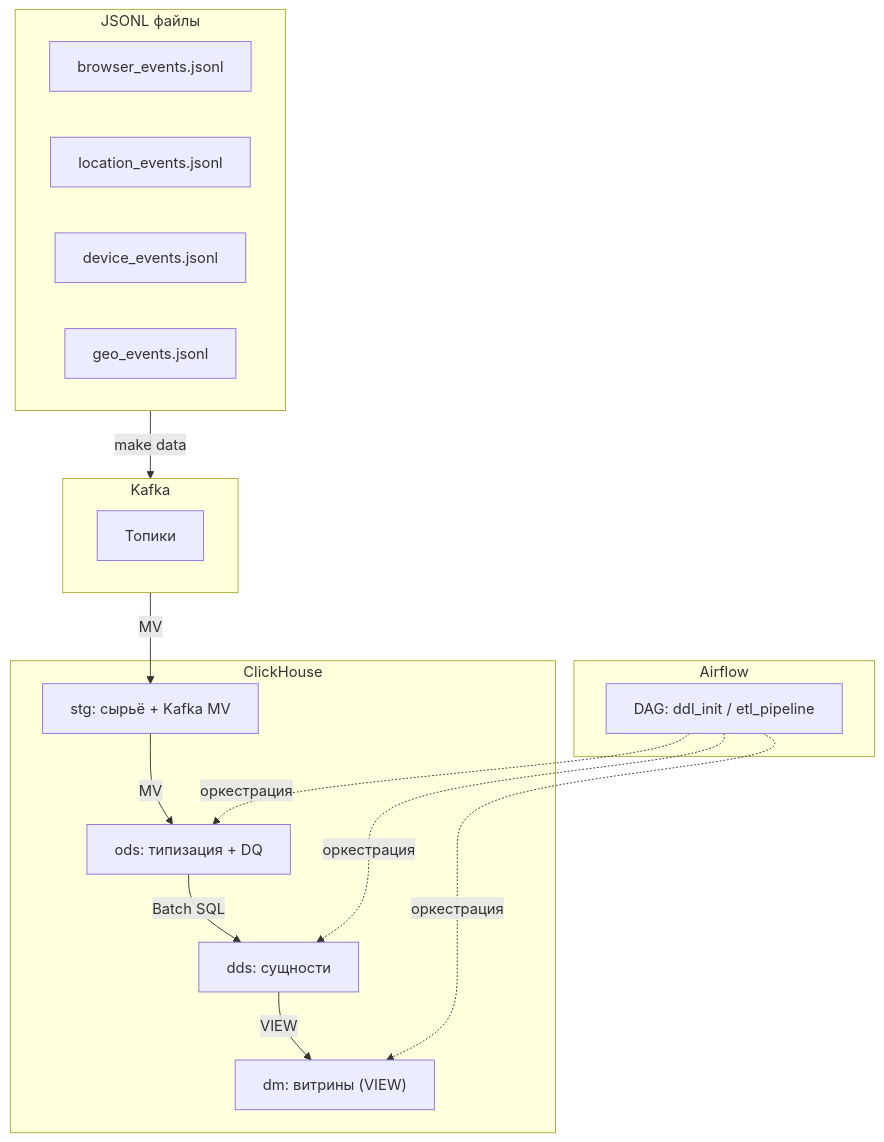
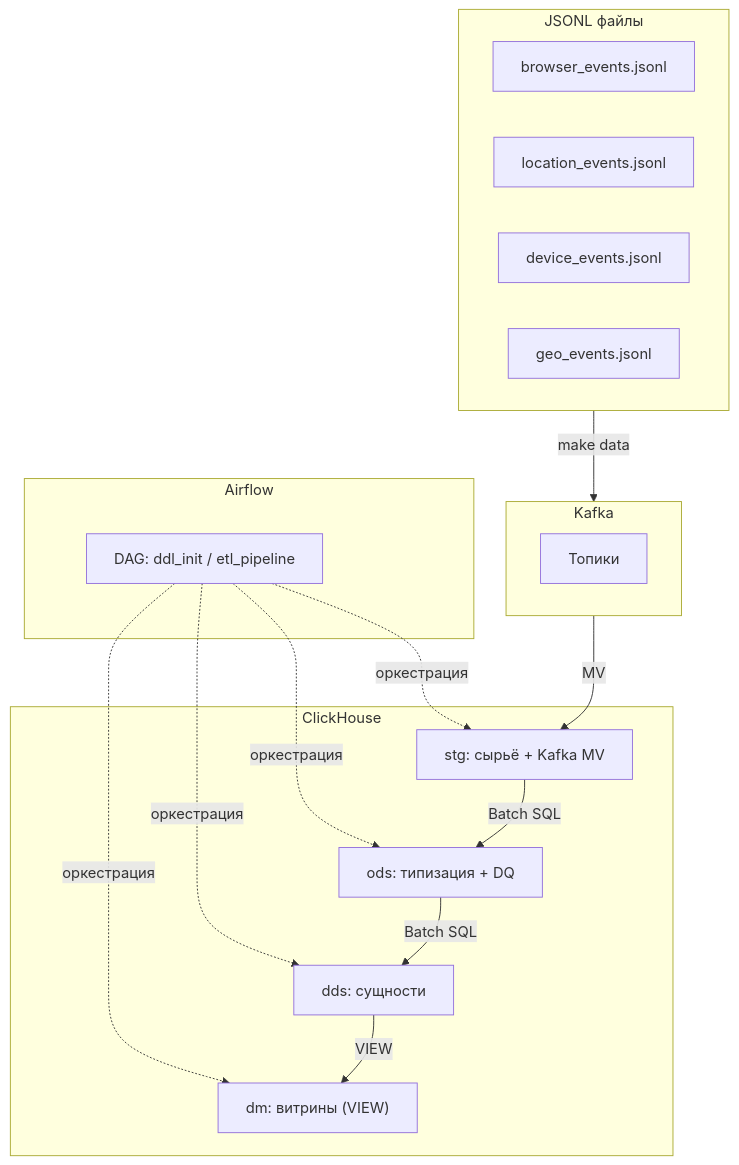
The first of 2 diagrams in README.md (dementev-dev/clickstream-ch-kafka-superset-demo), drawn with Mermaid before and after one commit. The commit also changed other lines of this file and 9 other files, not shown here.

Commit message:
Move STG->ODS to Airflow batch and align monitoring

````diff
--- a/README.md
+++ b/README.md
@@ -77,27 +77,27 @@
 ```mermaid
 flowchart TB
     subgraph Sources["JSONL файлы"]
         BE[browser_events.jsonl]
         LE[location_events.jsonl]
         DE[device_events.jsonl]
         GE[geo_events.jsonl]
     end
 
     subgraph Kafka["Kafka"]
         KT[Топики]
     end
 
     subgraph CH["ClickHouse"]
         STG["stg: сырьё + Kafka MV"]
         ODS["ods: типизация + DQ"]
         DDS["dds: сущности"]
         DM["dm: витрины (VIEW)"]
     end
 
     subgraph Airflow["Airflow"]
         DAG[DAG: ddl_init / etl_pipeline]
     end
 
-    Sources -->|make data| Kafka -->|MV| STG -->|MV| ODS -->|Batch SQL| DDS -->|VIEW| DM
-    DAG -.->|оркестрация| ODS & DDS & DM
+    Sources -->|make data| Kafka -->|MV| STG -->|Batch SQL| ODS -->|Batch SQL| DDS -->|VIEW| DM
+    DAG -.->|оркестрация| STG & ODS & DDS & DM
 ```
````
